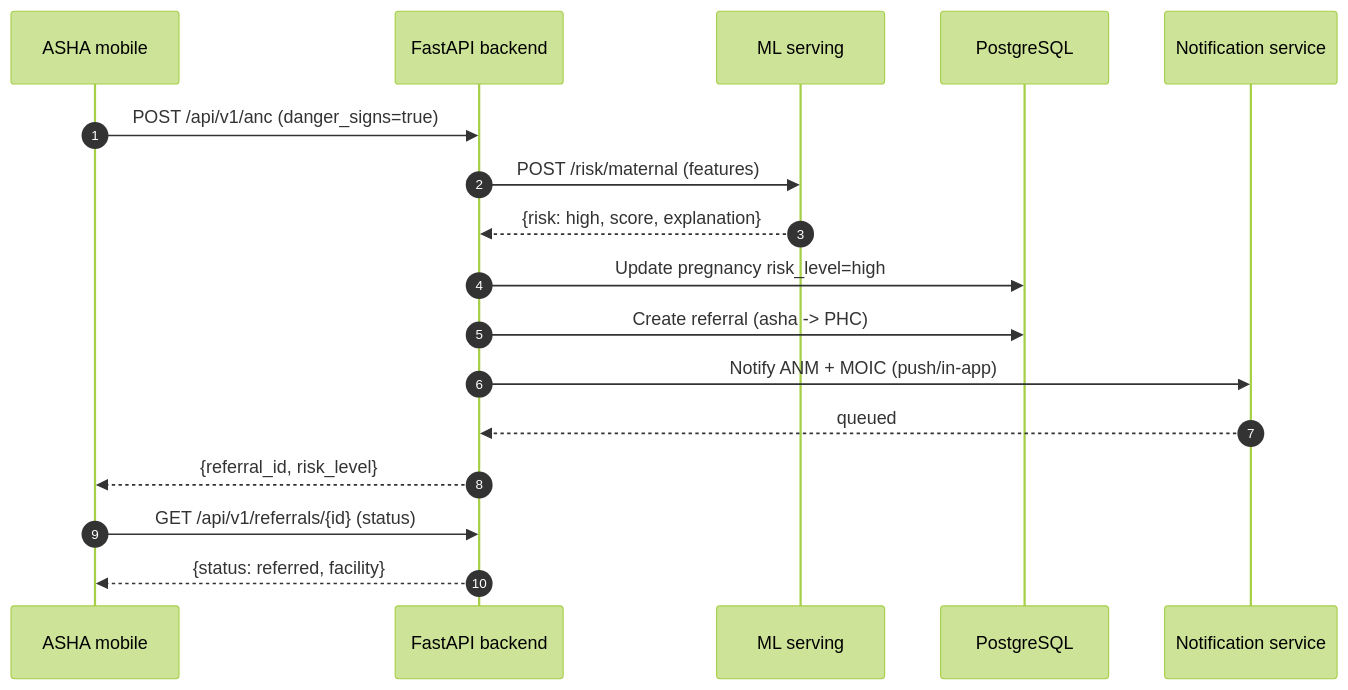
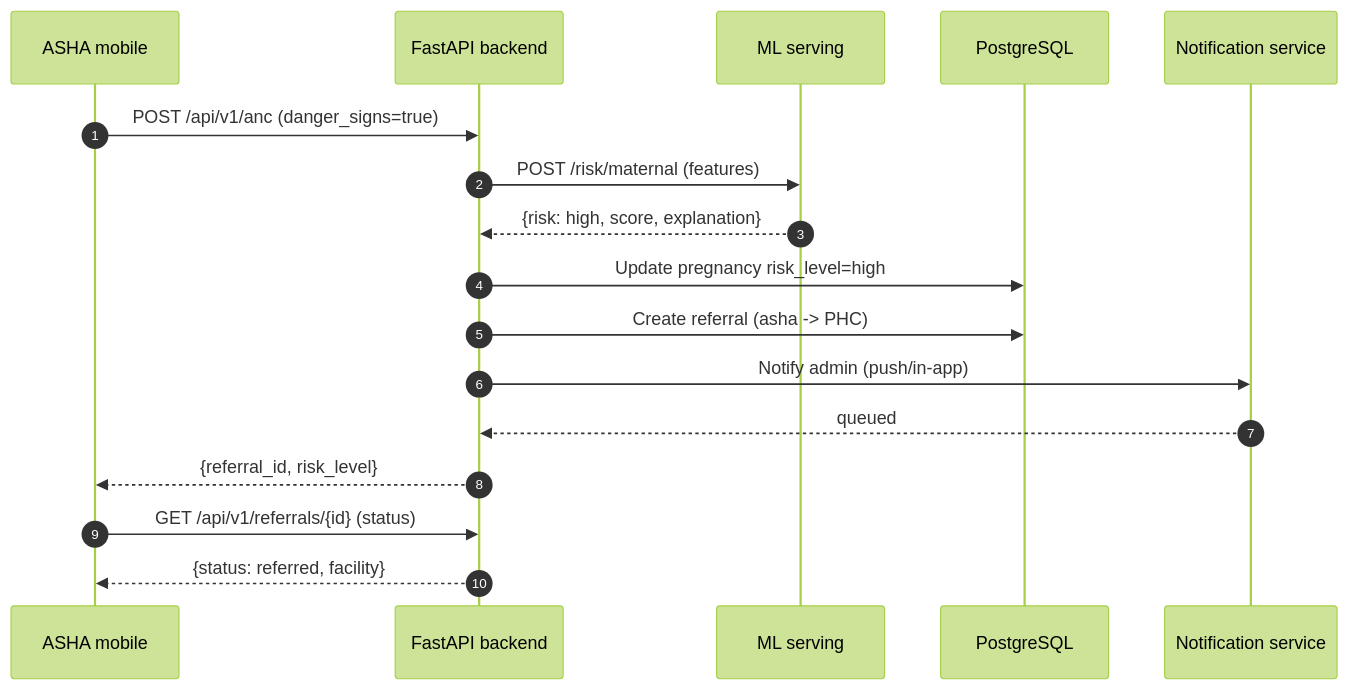
One commit to ShreyashBagade358/Asha-sathi changed the second of 4 diagrams in docs/architecture/system-design.md. Above: the diagram before and after it, drawn with Mermaid (forest theme). The commit also changed other lines of this file and 5 other files, not shown here.

````diff
--- a/docs/architecture/system-design.md
+++ b/docs/architecture/system-design.md
@@ -200,20 +200,20 @@
 ```mermaid
 sequenceDiagram
     autonumber
     participant A as ASHA mobile
     participant B as FastAPI backend
     participant ML as ML serving
     participant P as PostgreSQL
     participant N as Notification service
 
     A->>B: POST /api/v1/anc (danger_signs=true)
     B->>ML: POST /risk/maternal (features)
     ML-->>B: {risk: high, score, explanation}
     B->>P: Update pregnancy risk_level=high
     B->>P: Create referral (asha -> PHC)
-    B->>N: Notify ANM + MOIC (push/in-app)
+    B->>N: Notify admin (push/in-app)
     N-->>B: queued
     B-->>A: {referral_id, risk_level}
     A->>B: GET /api/v1/referrals/{id} (status)
     B-->>A: {status: referred, facility}
 ```
````
